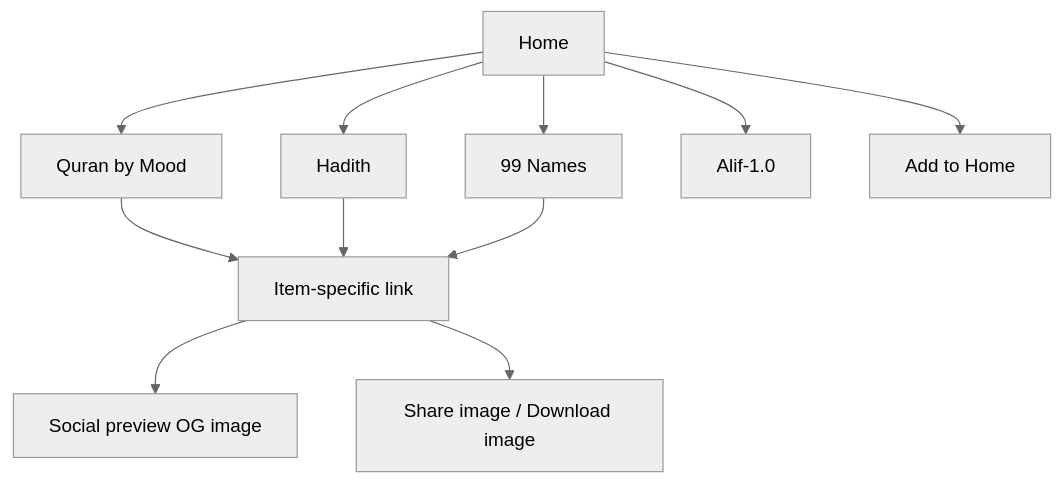
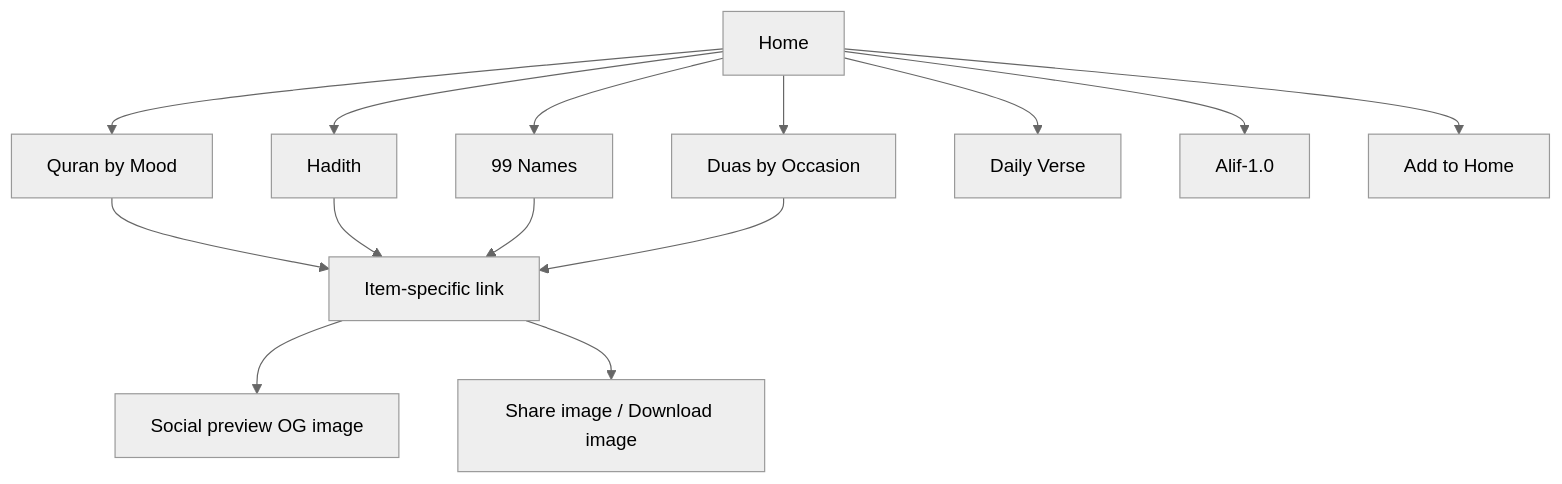
The diagram in README.md (moayaan1911/imanvibes), drawn with Mermaid (neutral theme) before and after one commit. The commit also changed other lines of this file and 1 other file, not shown here.

````diff
--- a/README.md
+++ b/README.md
@@ -62,13 +70,16 @@
 ```mermaid
 flowchart TD
   A[Home] --> B[Quran by Mood]
   A --> C[Hadith]
   A --> D[99 Names]
+  A --> Duas[Duas by Occasion]
+  A --> DV[Daily Verse]
   A --> I[Alif-1.0]
   B --> E[Item-specific link]
   C --> E
   D --> E
+  Duas --> E
   E --> F[Social preview OG image]
   E --> G[Share image / Download image]
   A --> H[Add to Home]
 ```
````
